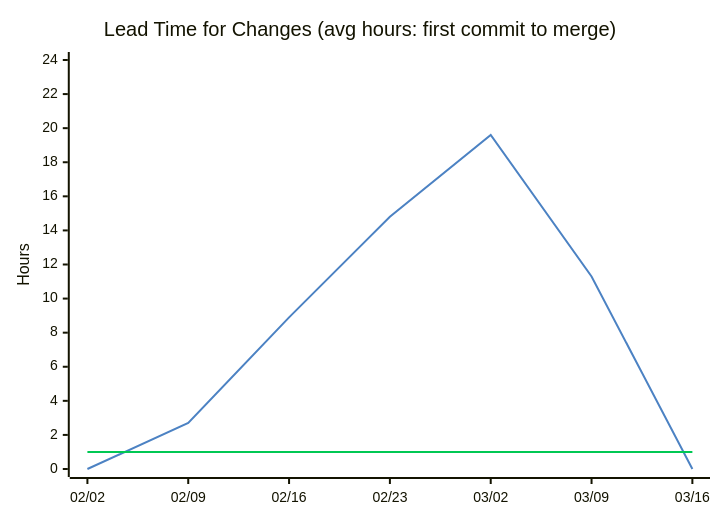
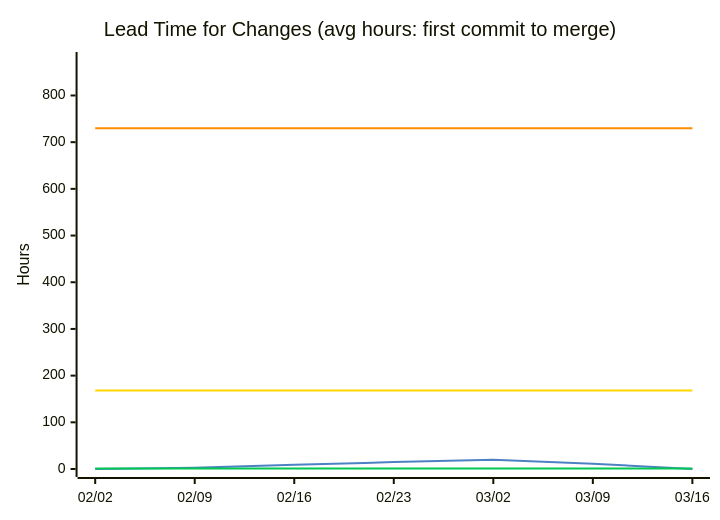
The second of 11 diagrams in docs/metrics.md (nablarch/nabledge-dev), drawn with Mermaid before and after one commit. The commit also changed other lines of this file, not shown here.

````diff
--- a/docs/metrics.md
+++ b/docs/metrics.md
@@ -54,9 +21,11 @@
 ```mermaid
-%%{init: {'theme': 'base', 'themeVariables': {'xyChart': {'plotColorPalette': '#4C82C3,#00C853'}}}}%%
+%%{init: {'theme': 'base', 'themeVariables': {'xyChart': {'plotColorPalette': '#4C82C3,#00C853,#FFD600,#FF8C00'}}}}%%
 xychart-beta
   title "Lead Time for Changes (avg hours: first commit to merge)"
   x-axis ["02/02", "02/09", "02/16", "02/23", "03/02", "03/09", "03/16"]
-  y-axis "Hours" 0 --> 24
+  y-axis "Hours" 0 --> 876
   line [0, 2.7, 8.9, 14.8, 19.6, 11.3, 0]
   line [1, 1, 1, 1, 1, 1, 1]
+  line [168, 168, 168, 168, 168, 168, 168]
+  line [730, 730, 730, 730, 730, 730, 730]
 ```
````
